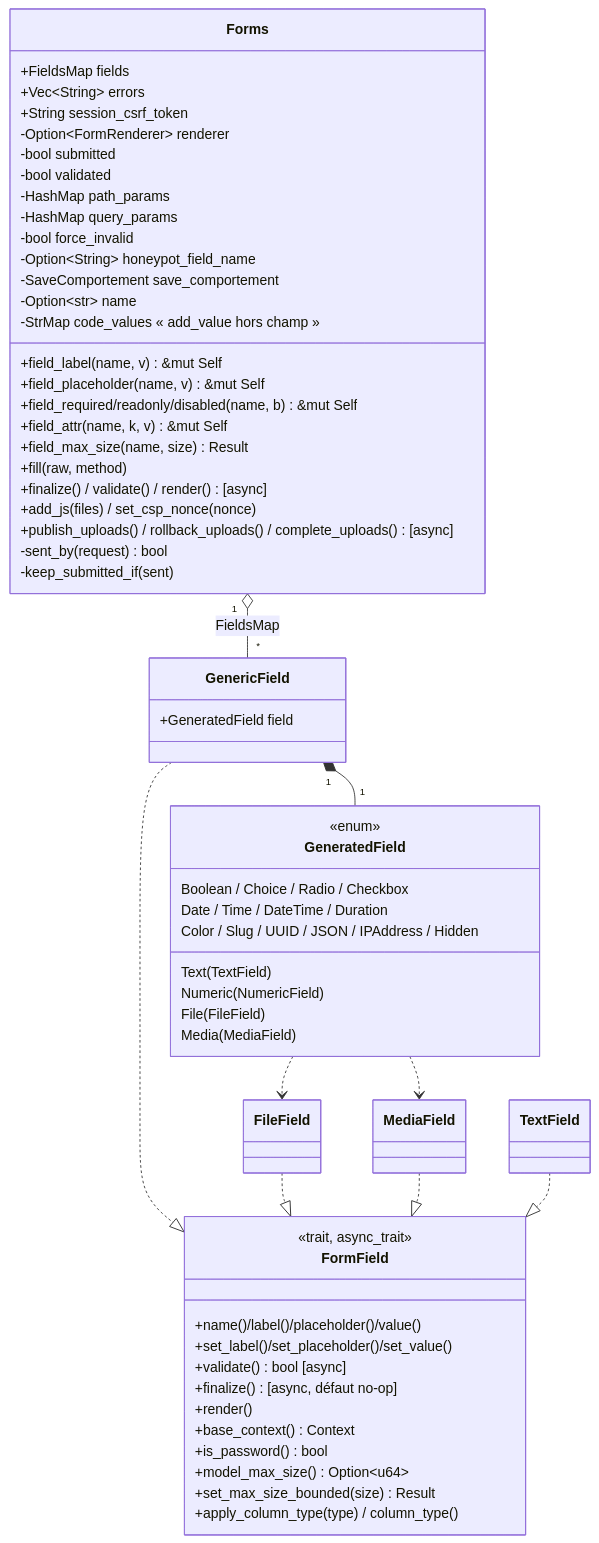
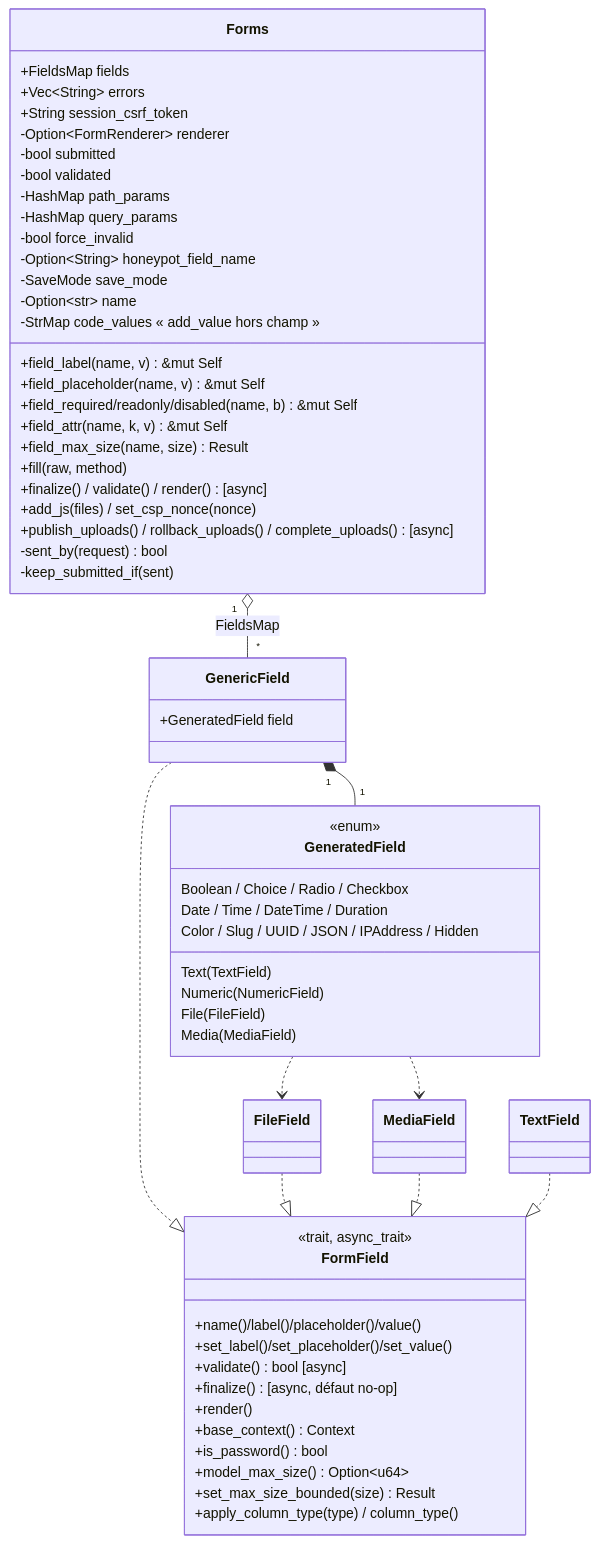
The first of 2 diagrams in diagramme/uml/forms/formulaires.md (seb-alliot/runique), drawn with Mermaid before and after one commit. The commit also changed other lines of this file and 145 other files, not shown here.

````diff
--- a/diagramme/uml/forms/formulaires.md
+++ b/diagramme/uml/forms/formulaires.md
@@ -8,63 +8,63 @@
 ```mermaid
 classDiagram
     class Forms {
         +FieldsMap fields
         +Vec~String~ errors
         +String session_csrf_token
         -Option~FormRenderer~ renderer
         -bool submitted
         -bool validated
         -HashMap path_params
         -HashMap query_params
         -bool force_invalid
         -Option~String~ honeypot_field_name
-        -SaveComportement save_comportement
+        -SaveMode save_mode
         -Option~str~ name
         -StrMap code_values  « add_value hors champ »
         +field_label(name, v) &mut Self
         +field_placeholder(name, v) &mut Self
         +field_required/readonly/disabled(name, b) &mut Self
         +field_attr(name, k, v) &mut Self
         +field_max_size(name, size) Result
         +fill(raw, method)
         +finalize() / validate() / render() [async]
         +add_js(files) / set_csp_nonce(nonce)
         +publish_uploads() / rollback_uploads() / complete_uploads() [async]
         -sent_by(request) bool
         -keep_submitted_if(sent)
     }
     class FormField {
         <<trait, async_trait>>
         +name()/label()/placeholder()/value()
         +set_label()/set_placeholder()/set_value()
         +validate() bool [async]
         +finalize() [async, défaut no-op]
         +render()
         +base_context() Context
         +is_password() bool
         +model_max_size() Option~u64~
         +set_max_size_bounded(size) Result
         +apply_column_type(type) / column_type()
     }
     class GenericField {
         +GeneratedField field
     }
     class GeneratedField {
         <<enum>>
         Text(TextField)
         Numeric(NumericField)
         File(FileField)
         Media(MediaField)
         Boolean / Choice / Radio / Checkbox
         Date / Time / DateTime / Duration
         Color / Slug / UUID / JSON / IPAddress / Hidden
     }
     Forms "1" o-- "*" GenericField : FieldsMap
     GenericField "1" *-- "1" GeneratedField
     GenericField ..|> FormField
     GeneratedField ..> FileField
     GeneratedField ..> MediaField
     FileField ..|> FormField
     MediaField ..|> FormField
     TextField ..|> FormField
 ```
````
